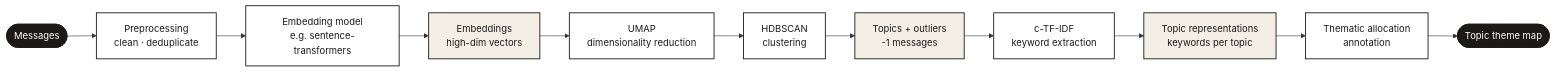
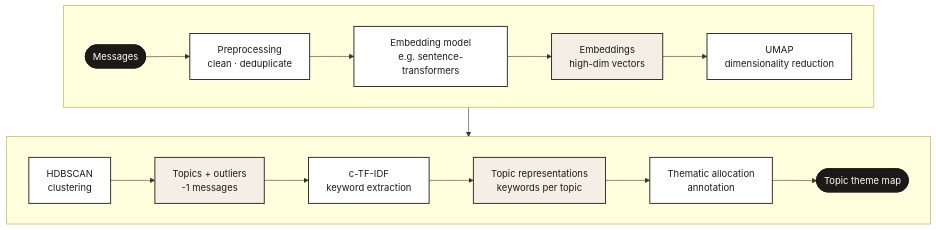
The diagram in docs/workflow/README.md (ay94/topic-modeling-recipes), drawn with Mermaid before and after one commit.

Commit message:
Split workflow diagram into two rows to prevent cutoff

````diff
--- a/docs/workflow/README.md
+++ b/docs/workflow/README.md
@@ -22,22 +22,31 @@
 ```mermaid
-flowchart LR
-    A([Messages]) --> B[Preprocessing\nclean · deduplicate]
-    B --> C[Embedding model\ne.g. sentence-transformers]
-    C --> D[Embeddings\nhigh-dim vectors]
-    D --> E[UMAP\ndimensionality reduction]
-    E --> F[HDBSCAN\nclustering]
-    F --> G[Topics + outliers\n-1 messages]
-    G --> H[c-TF-IDF\nkeyword extraction]
-    H --> I[Topic representations\nkeywords per topic]
-    I --> J[Thematic allocation\nannotation]
-    J --> K([Topic theme map])
+flowchart TB
+    subgraph row1 [" "]
+        direction LR
+        A([Messages]) --> B[Preprocessing\nclean · deduplicate]
+        B --> C[Embedding model\ne.g. sentence-transformers]
+        C --> D[Embeddings\nhigh-dim vectors]
+        D --> E[UMAP\ndimensionality reduction]
+    end
+
+    subgraph row2 [" "]
+        direction LR
+        F[HDBSCAN\nclustering]
+        F --> G[Topics + outliers\n-1 messages]
+        G --> H[c-TF-IDF\nkeyword extraction]
+        H --> I[Topic representations\nkeywords per topic]
+        I --> J[Thematic allocation\nannotation]
+        J --> K([Topic theme map])
+    end
+
+    E --> F
 
     classDef process fill:#ffffff,stroke:#1B1A18,stroke-width:1.5px,color:#1B1A18
     classDef decision fill:#C8A876,stroke:#1B1A18,stroke-width:1.5px,color:#1B1A18,font-weight:bold
     classDef terminal fill:#1B1A18,stroke:#1B1A18,color:#ffffff,stroke-width:1.5px
     classDef data fill:#F4EFE5,stroke:#1B1A18,stroke-width:1.5px,color:#1B1A18
 
     class A,K terminal
     class B,C,E,F,H,J process
     class D,G,I data
 ```
````
